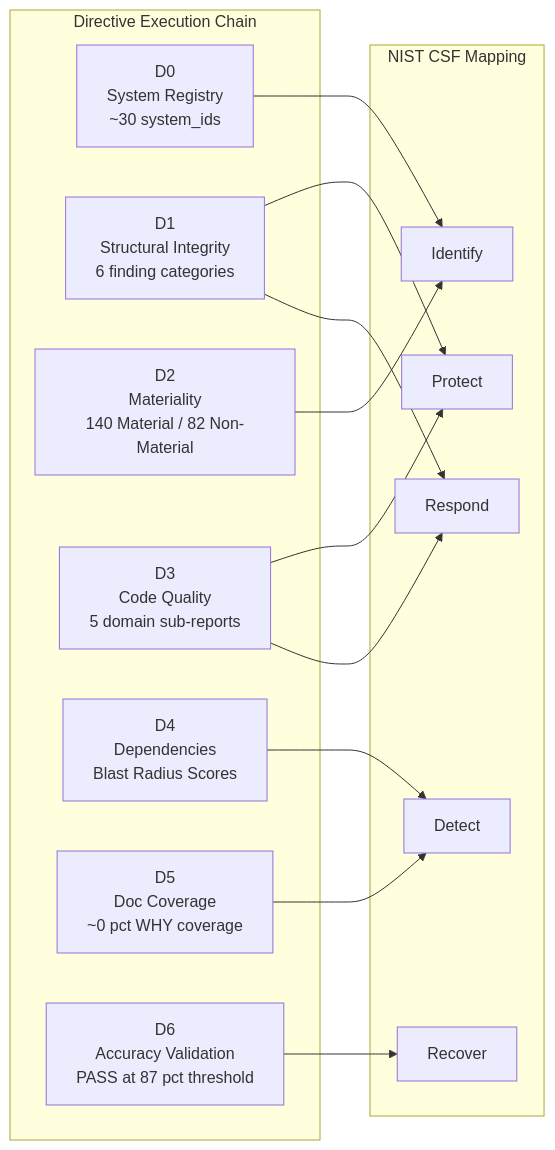
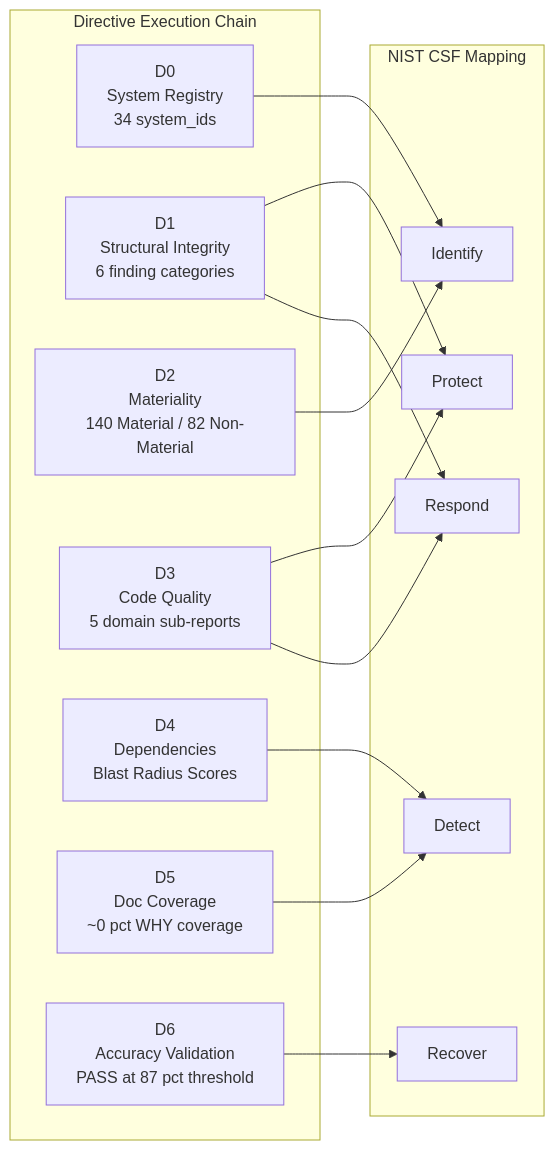
Before and after one commit to Blitzy-Sandbox/blitzy-SplendidCRM: the second of 8 diagrams in docs/directive-7-operational-artifacts/artifact-1-operational-flowchart.md, drawn with Mermaid. The commit also changed other lines of this file and 3 other files, not shown here.

````diff
--- a/docs/directive-7-operational-artifacts/artifact-1-operational-flowchart.md
+++ b/docs/directive-7-operational-artifacts/artifact-1-operational-flowchart.md
@@ -135,30 +135,30 @@
 ```mermaid
 flowchart LR
     subgraph CHAIN["Directive Execution Chain"]
-        D0["D0\nSystem Registry\n~30 system_ids"]
+        D0["D0\nSystem Registry\n34 system_ids"]
         D1["D1\nStructural Integrity\n6 finding categories"]
         D2["D2\nMateriality\n140 Material / 82 Non-Material"]
         D3["D3\nCode Quality\n5 domain sub-reports"]
         D4["D4\nDependencies\nBlast Radius Scores"]
         D5["D5\nDoc Coverage\n~0 pct WHY coverage"]
         D6["D6\nAccuracy Validation\nPASS at 87 pct threshold"]
     end
 
     subgraph CSF["NIST CSF Mapping"]
         ID["Identify"]
         PR["Protect"]
         DE["Detect"]
         RS["Respond"]
         RC["Recover"]
     end
 
     D0 --> ID
     D2 --> ID
     D1 --> PR
     D3 --> PR
     D4 --> DE
     D5 --> DE
     D1 --> RS
     D3 --> RS
     D6 --> RC
 ```
````
